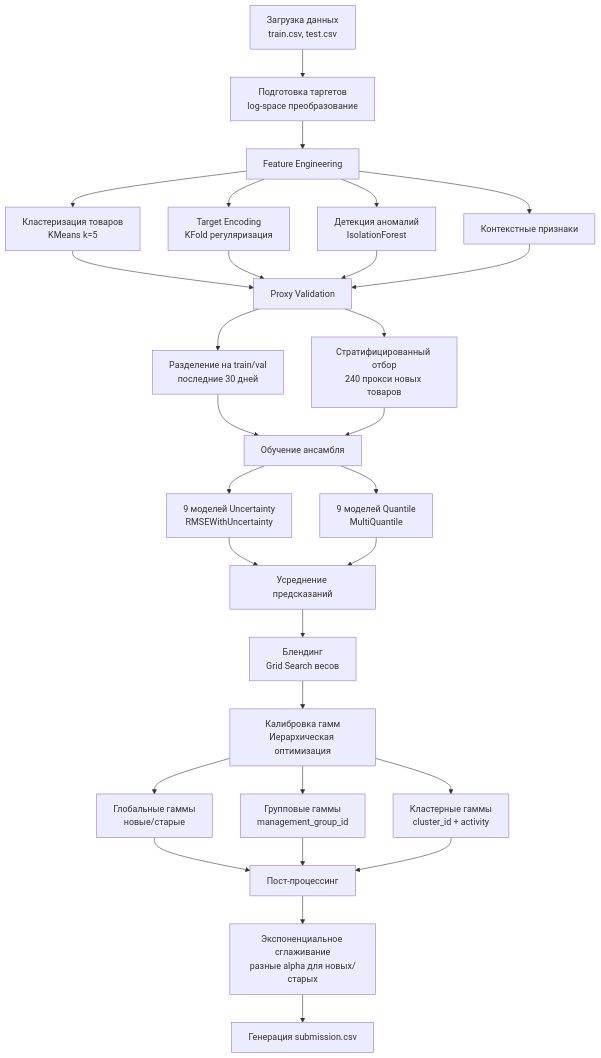
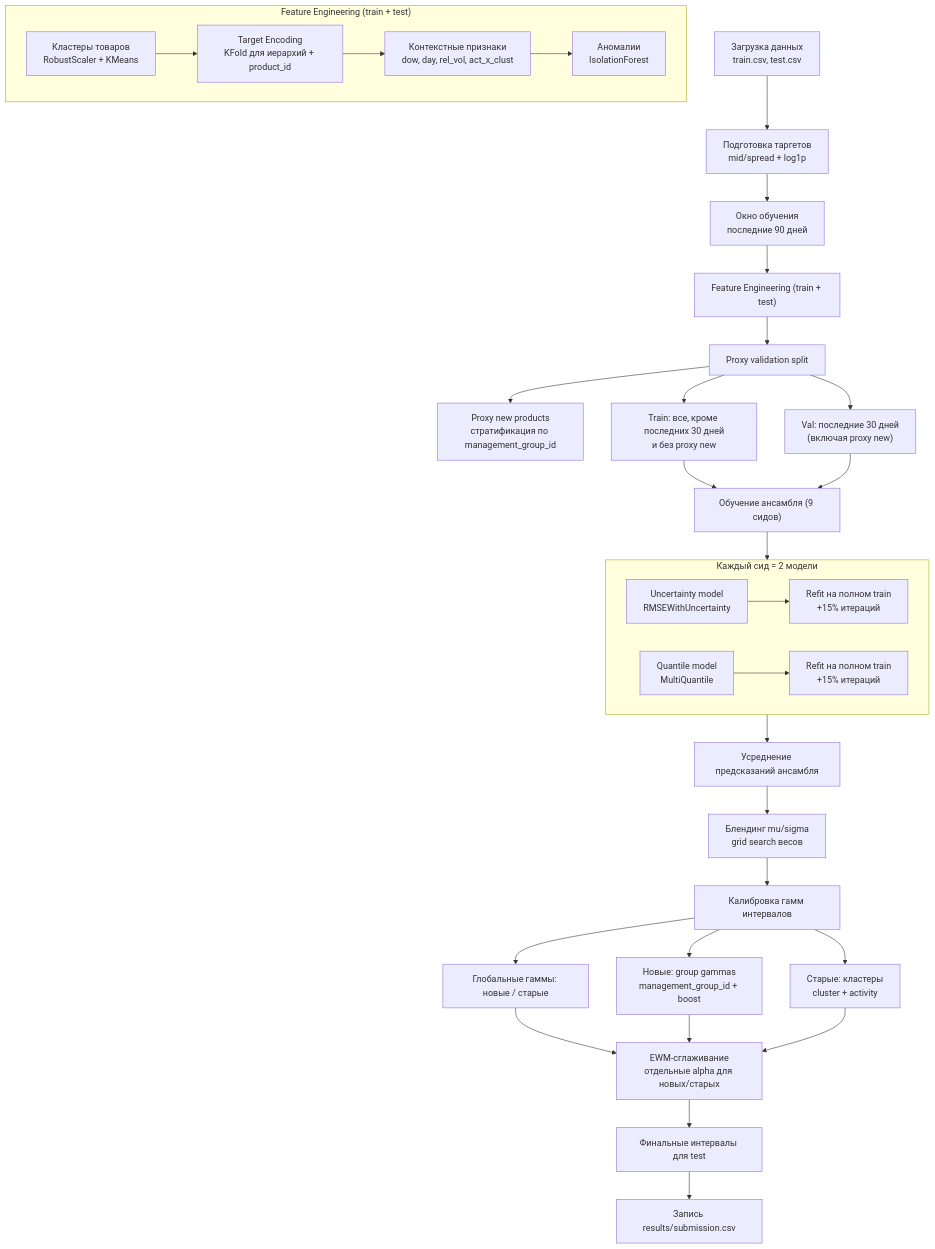
One commit to maxlyara1/Maksim_Lyara changed the diagram in README.md. Above: the diagram before and after it, drawn with Mermaid. The commit also changed other lines of this file, not shown here.

Commit message:
Enhance README.md

````diff
--- a/README.md
+++ b/README.md
@@ -37,41 +50,41 @@
 ```mermaid
 flowchart TD
-    A["Загрузка данных<br/>train.csv, test.csv"] --> B["Подготовка таргетов<br/>log-space преобразование"]
-    B --> C["Feature Engineering"]
-    
-    C --> C1["Кластеризация товаров<br/>KMeans k=5"]
-    C --> C2["Target Encoding<br/>KFold регуляризация"]
-    C --> C3["Детекция аномалий<br/>IsolationForest"]
-    C --> C4["Контекстные признаки"]
-    
-    C1 --> D["Proxy Validation"]
-    C2 --> D
-    C3 --> D
-    C4 --> D
-    
-    D --> D1["Разделение на train/val<br/>последние 30 дней"]
-    D --> D2["Стратифицированный отбор<br/>240 прокси новых товаров"]
-    
-    D1 --> E["Обучение ансамбля"]
-    D2 --> E
-    
-    E --> E1["9 моделей Uncertainty<br/>RMSEWithUncertainty"]
-    E --> E2["9 моделей Quantile<br/>MultiQuantile"]
-    
-    E1 --> F["Усреднение предсказаний"]
-    E2 --> F
-    
-    F --> G["Блендинг<br/>Grid Search весов"]
-    G --> H["Калибровка гамм<br/>Иерархическая оптимизация"]
-    
-    H --> H1["Глобальные гаммы<br/>новые/старые"]
-    H --> H2["Групповые гаммы<br/>management_group_id"]
-    H --> H3["Кластерные гаммы<br/>cluster_id + activity"]
-    
-    H1 --> I["Пост-процессинг"]
-    H2 --> I
-    H3 --> I
-    
-    I --> I1["Экспоненциальное сглаживание<br/>разные alpha для новых/старых"]
-    I1 --> J["Генерация submission.csv"]
+    A["Загрузка данных<br/>train.csv, test.csv"] --> B["Подготовка таргетов<br/>mid/spread + log1p"]
+    B --> C["Окно обучения<br/>последние 90 дней"]
+    C --> D["Feature Engineering (train + test)"]
+
+    subgraph FE["Feature Engineering (train + test)"]
+        FE1["Кластеры товаров<br/>RobustScaler + KMeans"]
+        FE2["Target Encoding<br/>KFold для иерархий + product_id"]
+        FE3["Контекстные признаки<br/>dow, day, rel_vol, act_x_clust"]
+        FE4["Аномалии<br/>IsolationForest"]
+        FE1 --> FE2 --> FE3 --> FE4
+    end
+
+    D --> E["Proxy validation split"]
+    E --> E1["Proxy new products<br/>стратификация по management_group_id"]
+    E --> E2["Train: все, кроме последних 30 дней<br/>и без proxy new"]
+    E --> E3["Val: последние 30 дней<br/>(включая proxy new)"]
+
+    E2 --> F["Обучение ансамбля (9 сидов)"]
+    E3 --> F
+
+    subgraph ENS["Каждый сид = 2 модели"]
+        ENS1["Uncertainty model<br/>RMSEWithUncertainty"]
+        ENS2["Quantile model<br/>MultiQuantile"]
+        ENS1 --> ENS3["Refit на полном train<br/>+15% итераций"]
+        ENS2 --> ENS4["Refit на полном train<br/>+15% итераций"]
+    end
+
+    F --> ENS --> G["Усреднение предсказаний ансамбля"]
+    G --> H["Блендинг mu/sigma<br/>grid search весов"]
+    H --> I["Калибровка гамм интервалов"]
+    I --> I1["Глобальные гаммы: новые / старые"]
+    I --> I2["Новые: group gammas<br/>management_group_id + boost"]
+    I --> I3["Старые: кластеры<br/>cluster + activity"]
+    I1 --> J["EWM-сглаживание<br/>отдельные alpha для новых/старых"]
+    I2 --> J
+    I3 --> J
+    J --> K["Финальные интервалы для test"]
+    K --> L["Запись results/submission.csv"]
 ```
````
